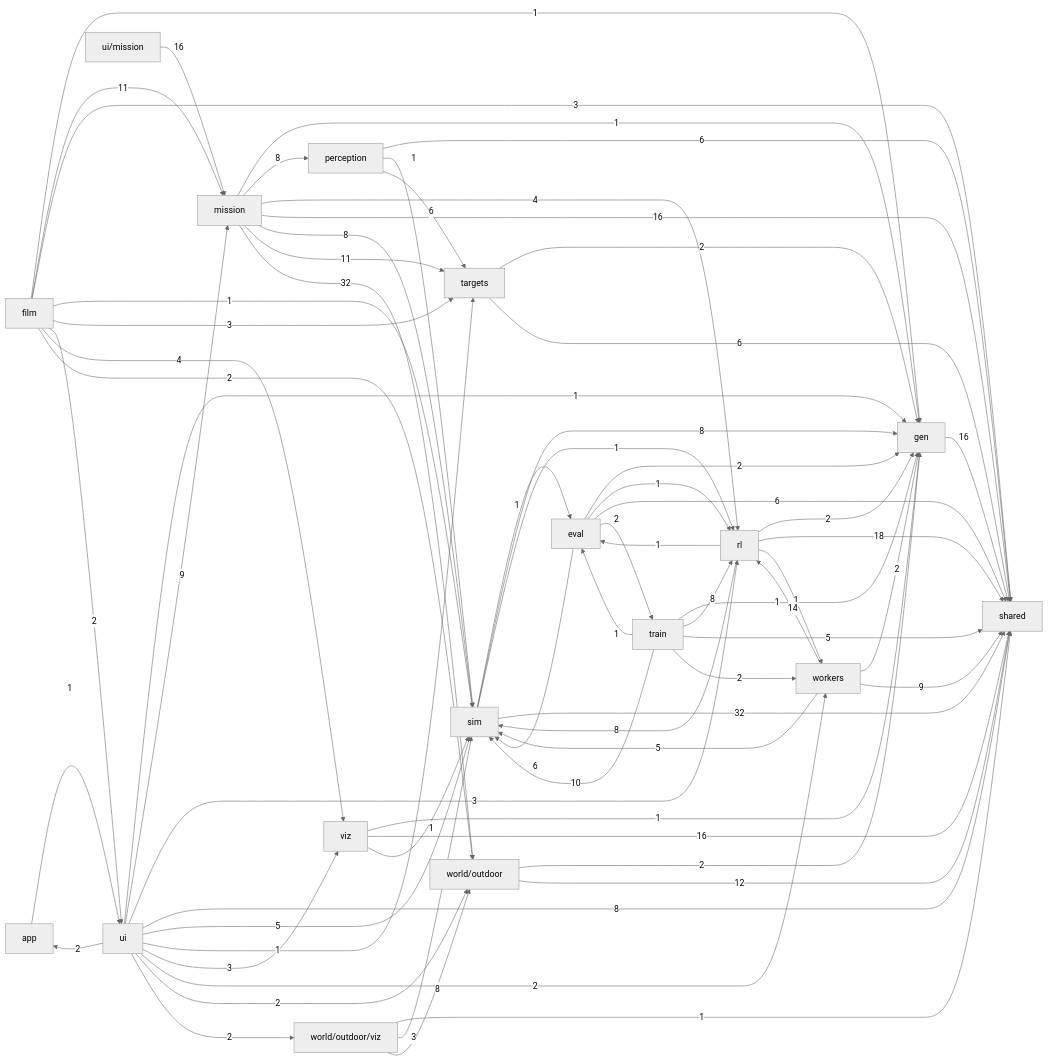
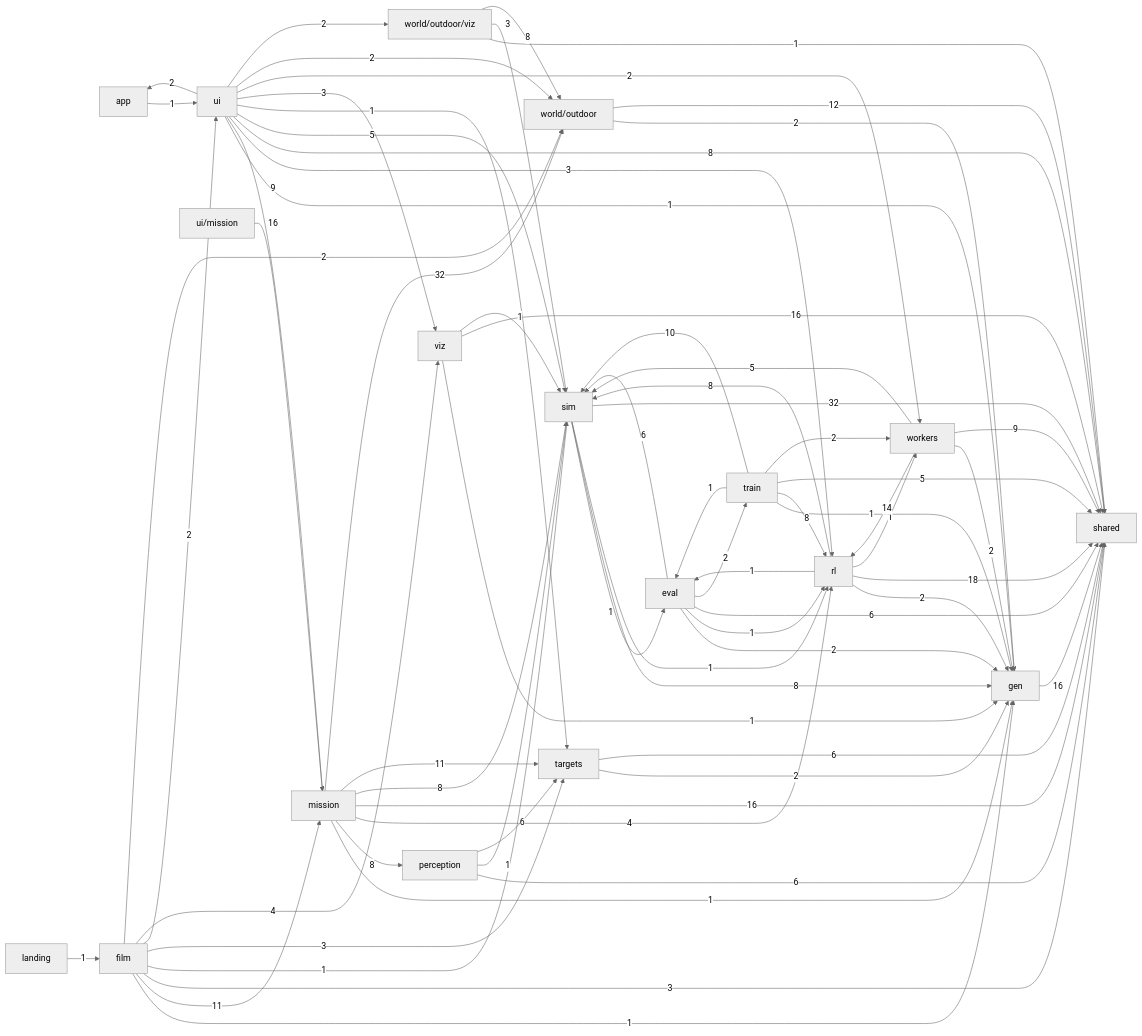
The second of 2 diagrams in docs/ARCHITECTURE.md (alexnieves-cs/frontier-fly), drawn with Mermaid (neutral theme) before and after one commit. The commit also changed other lines of this file and 17 other files, not shown here.

```diff
--- a/docs/ARCHITECTURE.md
+++ b/docs/ARCHITECTURE.md
@@ -78,6 +78,7 @@
   eval["eval"]
   film["film"]
   gen["gen"]
+  landing["landing"]
   mission["mission"]
   perception["perception"]
   rl["rl"]
@@ -106,6 +107,7 @@
   film -->|4| viz
   film -->|2| world_outdoor
   gen -->|16| shared
+  landing -->|1| film
   mission -->|1| gen
   mission -->|8| perception
   mission -->|4| rl
```
